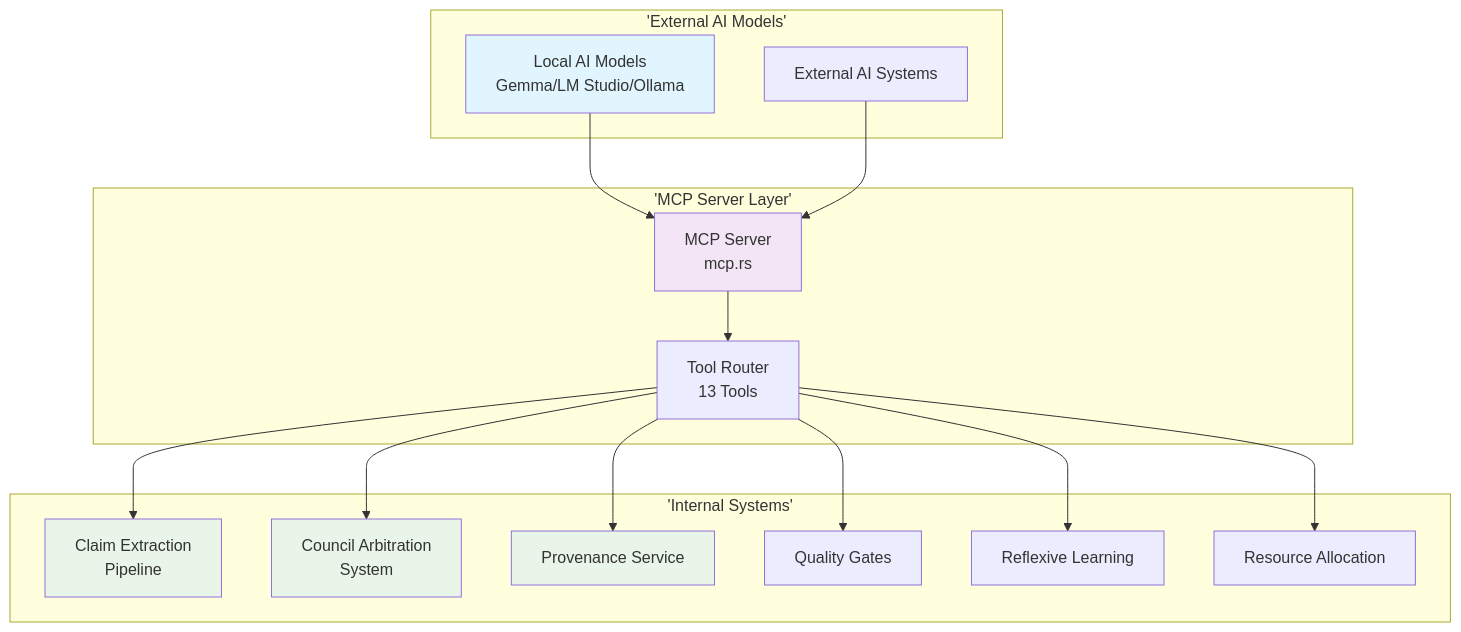
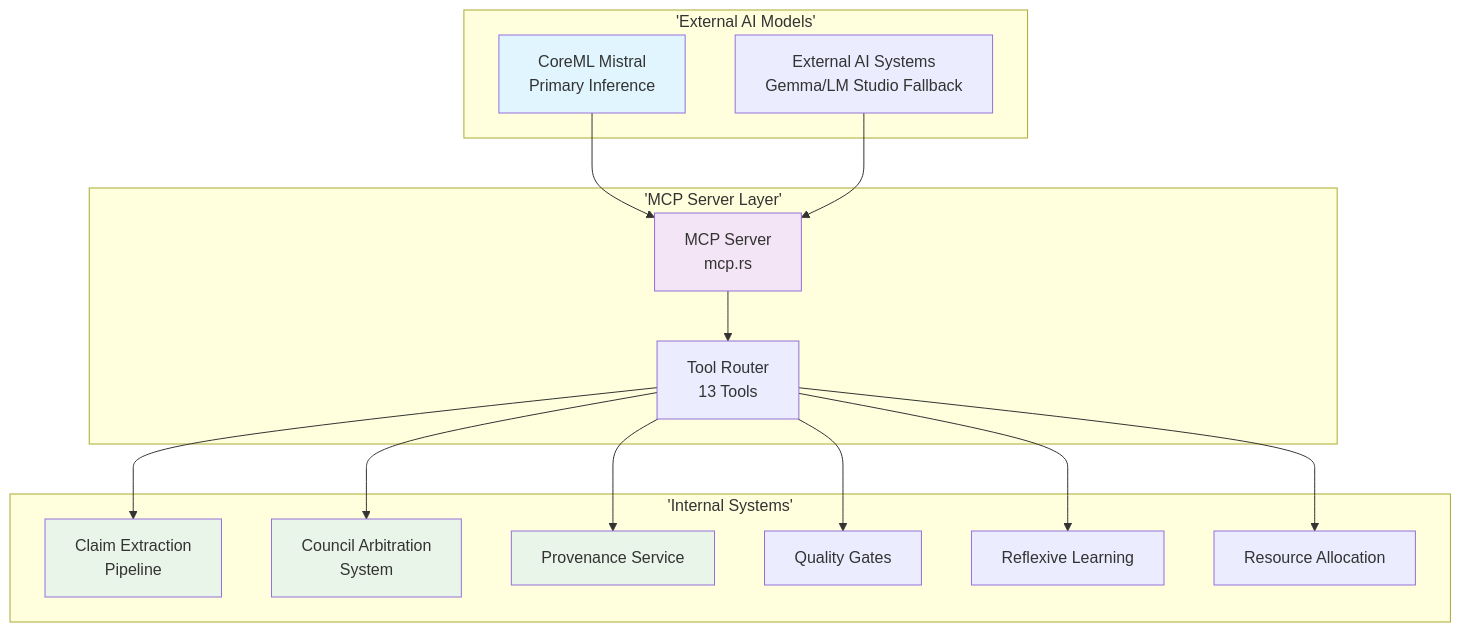
The diagram in docs/MCP/README.md (darianrosebrook/agent-agency), drawn with Mermaid before and after one commit. The commit also changed other lines of this file and 16684 other files, not shown here.

````diff
--- a/docs/MCP/README.md
+++ b/docs/MCP/README.md
@@ -23,38 +23,38 @@
 ```mermaid
 graph TB
     subgraph 'External AI Models'
-        LAM[Local AI Models<br/>Gemma/LM Studio/Ollama]
-        ExtAI[External AI Systems]
+        LAM[CoreML Mistral<br/>Primary Inference]
+        ExtAI[External AI Systems<br/>Gemma/LM Studio Fallback]
     end
 
     subgraph 'MCP Server Layer'
         MCS[MCP Server<br/>mcp.rs]
         ToolRouter[Tool Router<br/>13 Tools]
     end
 
     subgraph 'Internal Systems'
         ClaimSys[Claim Extraction<br/>Pipeline]
         CouncilSys[Council Arbitration<br/>System]
         ProvenanceSys[Provenance Service]
         QualitySys[Quality Gates]
         ReflexiveSys[Reflexive Learning]
         ResourceSys[Resource Allocation]
     end
 
     LAM --> MCS
     ExtAI --> MCS
     MCS --> ToolRouter
 
     ToolRouter --> ClaimSys
     ToolRouter --> CouncilSys
     ToolRouter --> ProvenanceSys
     ToolRouter --> QualitySys
     ToolRouter --> ReflexiveSys
     ToolRouter --> ResourceSys
 
     style LAM fill:#e1f5fe
     style MCS fill:#f3e5f5
     style ClaimSys fill:#e8f5e8
     style CouncilSys fill:#e8f5e8
     style ProvenanceSys fill:#e8f5e8
 ```
````
